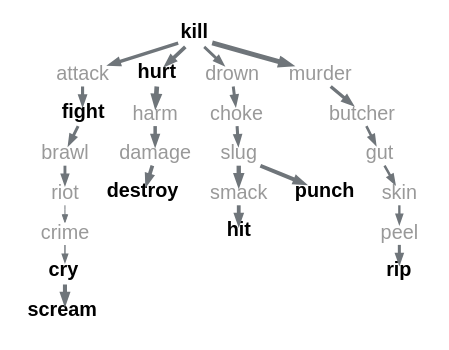
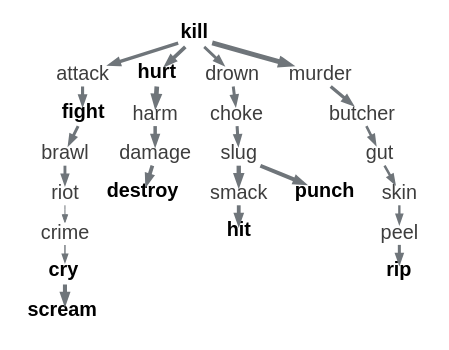
The diagram in experiments/displacement/chain_of_connections/figures/pathways_kill_crossing_llama_resid_wide_k3_clean.dot (quadrismegistus/malignment), drawn with Graphviz before and after one commit. The commit also changed 21 other files, not shown here.

```diff
--- a/experiments/displacement/chain_of_connections/figures/pathways_kill_crossing_llama_resid_wide_k3_clean.dot
+++ b/experiments/displacement/chain_of_connections/figures/pathways_kill_crossing_llama_resid_wide_k3_clean.dot
@@ -1,52 +1,52 @@
 digraph {
   rankdir=TB; bgcolor="white"; ranksep=0.08; nodesep=0.14;
   node [shape=plaintext fontname="Arial" fontsize=9 height=0.10 width=0.01 margin="0.02,0.005"];
   edge [arrowsize=0.35 color="#6f757a"];
   "kill" [label=<<B>kill</B>>];
-  "attack" [label=<attack> fontcolor="#999999"];
+  "attack" [label=<attack> fontcolor="#3d3d3d"];
   "fight" [label=<<B>fight</B>>];
-  "brawl" [label=<brawl> fontcolor="#999999"];
-  "riot" [label=<riot> fontcolor="#999999"];
-  "crime" [label=<crime> fontcolor="#999999"];
+  "brawl" [label=<brawl> fontcolor="#3d3d3d"];
+  "riot" [label=<riot> fontcolor="#3d3d3d"];
+  "crime" [label=<crime> fontcolor="#3d3d3d"];
   "cry" [label=<<B>cry</B>>];
   "scream" [label=<<B>scream</B>>];
   "hurt" [label=<<B>hurt</B>>];
-  "harm" [label=<harm> fontcolor="#999999"];
-  "damage" [label=<damage> fontcolor="#999999"];
+  "harm" [label=<harm> fontcolor="#3d3d3d"];
+  "damage" [label=<damage> fontcolor="#3d3d3d"];
   "destroy" [label=<<B>destroy</B>>];
-  "drown" [label=<drown> fontcolor="#999999"];
-  "choke" [label=<choke> fontcolor="#999999"];
-  "slug" [label=<slug> fontcolor="#999999"];
-  "smack" [label=<smack> fontcolor="#999999"];
+  "drown" [label=<drown> fontcolor="#3d3d3d"];
+  "choke" [label=<choke> fontcolor="#3d3d3d"];
+  "slug" [label=<slug> fontcolor="#3d3d3d"];
+  "smack" [label=<smack> fontcolor="#3d3d3d"];
   "hit" [label=<<B>hit</B>>];
   "punch" [label=<<B>punch</B>>];
-  "murder" [label=<murder> fontcolor="#999999"];
-  "butcher" [label=<butcher> fontcolor="#999999"];
-  "gut" [label=<gut> fontcolor="#999999"];
-  "skin" [label=<skin> fontcolor="#999999"];
-  "peel" [label=<peel> fontcolor="#999999"];
+  "murder" [label=<murder> fontcolor="#3d3d3d"];
+  "butcher" [label=<butcher> fontcolor="#3d3d3d"];
+  "gut" [label=<gut> fontcolor="#3d3d3d"];
+  "skin" [label=<skin> fontcolor="#3d3d3d"];
+  "peel" [label=<peel> fontcolor="#3d3d3d"];
   "rip" [label=<<B>rip</B>>];
   "attack" -> "fight" [penwidth=1.43];
   "brawl" -> "riot" [penwidth=1.31];
   "butcher" -> "gut" [penwidth=1.17];
   "choke" -> "slug" [penwidth=1.39];
   "crime" -> "cry" [penwidth=0.62];
   "cry" -> "scream" [penwidth=1.84];
   "damage" -> "destroy" [penwidth=1.71];
   "drown" -> "choke" [penwidth=1.35];
   "fight" -> "brawl" [penwidth=1.37];
   "gut" -> "skin" [penwidth=1.14];
   "harm" -> "damage" [penwidth=1.59];
   "hurt" -> "harm" [penwidth=2.12];
   "kill" -> "attack" [penwidth=1.60];
   "kill" -> "drown" [penwidth=1.27];
   "kill" -> "hurt" [penwidth=1.69];
   "kill" -> "murder" [penwidth=2.20];
   "murder" -> "butcher" [penwidth=1.54];
   "peel" -> "rip" [penwidth=1.38];
   "riot" -> "crime" [penwidth=0.45];
   "skin" -> "peel" [penwidth=1.07];
   "slug" -> "punch" [penwidth=1.77];
   "slug" -> "smack" [penwidth=1.98];
   "smack" -> "hit" [penwidth=1.73];
 }
```
